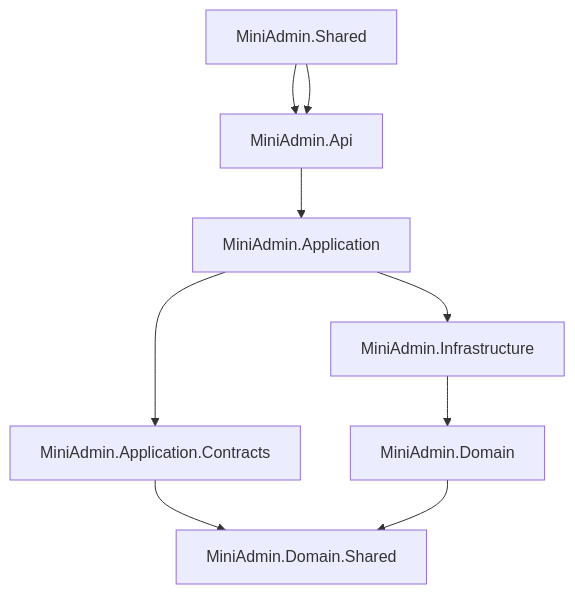
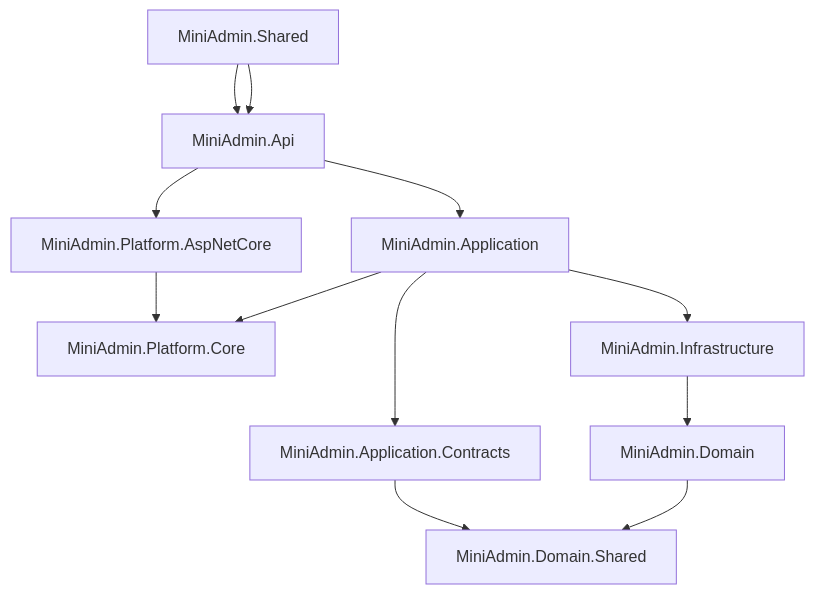
The first of 2 diagrams in docs-site/developer/architecture.md (tellmevx-cell/mini-admin), drawn with Mermaid before and after one commit. The commit also changed other lines of this file and 177 other files, not shown here.

````diff
--- a/docs-site/developer/architecture.md
+++ b/docs-site/developer/architecture.md
@@ -7,11 +7,14 @@
 ```mermaid
 flowchart TB
     G["MiniAdmin.Gateway"] --> A["MiniAdmin.Api"]
+    A --> P["MiniAdmin.Platform.AspNetCore"]
+    P --> K["MiniAdmin.Platform.Core"]
     A --> B["MiniAdmin.Application"]
+    B --> K
     B --> C["MiniAdmin.Application.Contracts"]
     B --> D["MiniAdmin.Infrastructure"]
     D --> E["MiniAdmin.Domain"]
     C --> F["MiniAdmin.Domain.Shared"]
     E --> F
     G["MiniAdmin.Shared"] --> A
 ```
````
